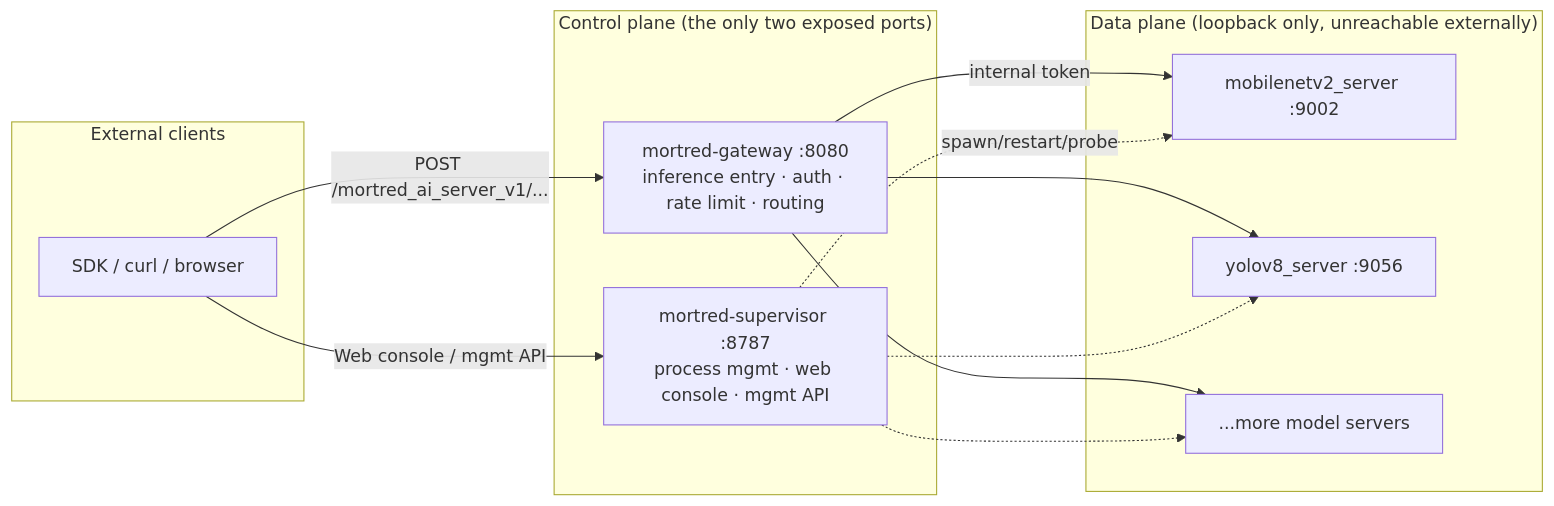
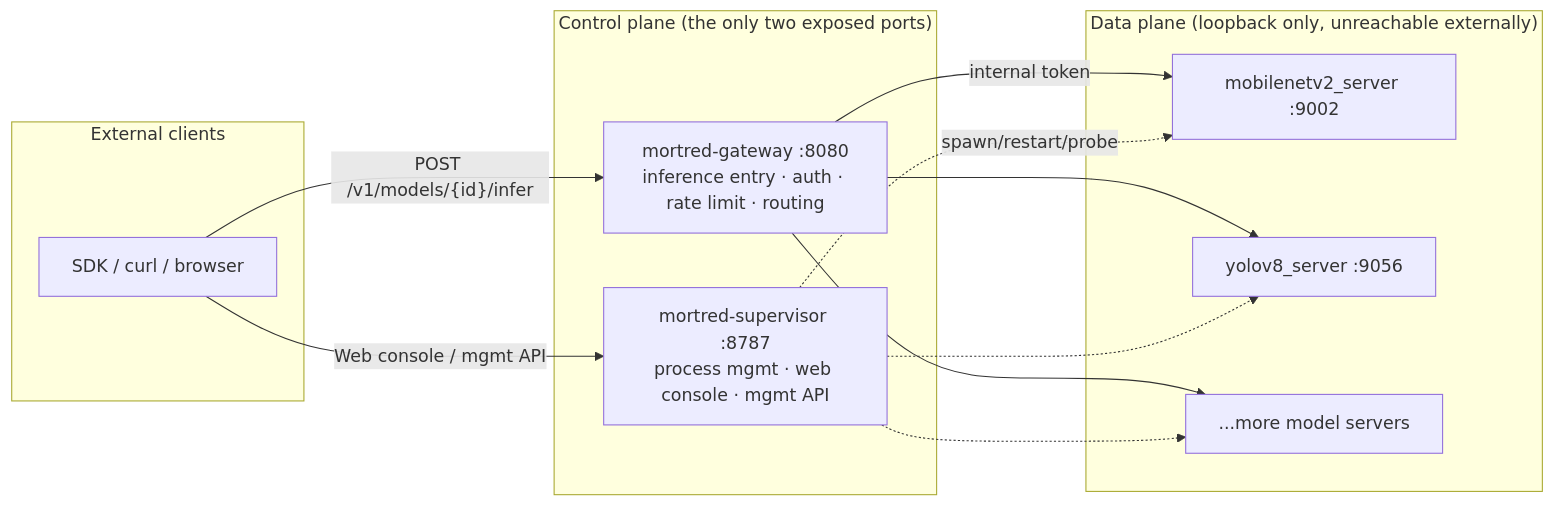
The first of 2 diagrams in docs/deployment.md (MaybeShewill-CV/mortred_model_server), drawn with Mermaid before and after one commit. The commit also changed other lines of this file and 3 other files, not shown here.

````diff
--- a/docs/deployment.md
+++ b/docs/deployment.md
@@ -46,26 +46,26 @@
 ```mermaid
 flowchart LR
     subgraph Clients["External clients"]
         C["SDK / curl / browser"]
     end
 
     subgraph ControlPlane["Control plane (the only two exposed ports)"]
         GW["mortred-gateway :8080<br/>inference entry · auth · rate limit · routing"]
         SUP["mortred-supervisor :8787<br/>process mgmt · web console · mgmt API"]
     end
 
     subgraph DataPlane["Data plane (loopback only, unreachable externally)"]
         M1["mobilenetv2_server :9002"]
         M2["yolov8_server :9056"]
         M3["...more model servers"]
     end
 
-    C -->|"POST /mortred_ai_server_v1/..."| GW
+    C -->|"POST /v1/models/{id}/infer"| GW
     GW -->|"internal token"| M1
     GW --> M2
     GW --> M3
     SUP -.->|"spawn/restart/probe"| M1
     SUP -.-> M2
     SUP -.-> M3
     C -->|"Web console / mgmt API"| SUP
 ```
````
